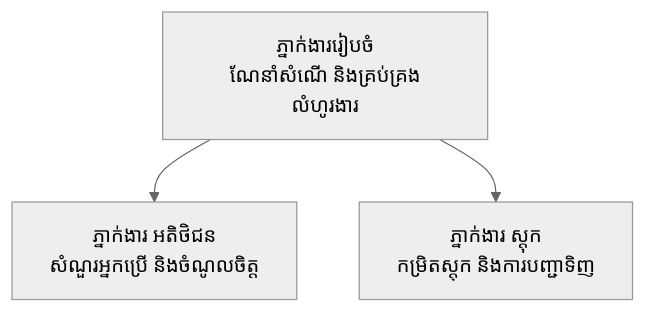
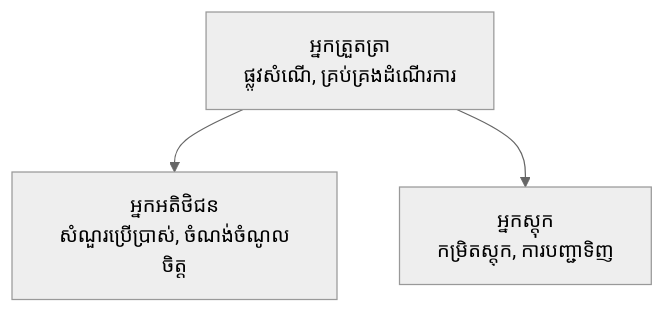
The diagram in translations/km/docs/chapter-05-multi-agent/README.md (microsoft/AZD-for-beginners), drawn with Mermaid (neutral theme) before and after one commit. The commit also changed other lines of this file and 20 other files, not shown here.

````diff
--- a/translations/km/docs/chapter-05-multi-agent/README.md
+++ b/translations/km/docs/chapter-05-multi-agent/README.md
@@ -54,5 +54,5 @@
 ```mermaid
 graph TD
-    Orchestrator[ភ្នាក់ងាររៀបចំ<br/>ណែនាំសំណើ និងគ្រប់គ្រងលំហូរងារ] --> Customer[ភ្នាក់ងារ អតិថិជន<br/>សំណួរអ្នកប្រើ និងចំណូលចិត្ត]
-    Orchestrator --> Inventory[ភ្នាក់ងារ ស្តុក<br/>កម្រិតស្តុក និងការបញ្ជាទិញ]
+    Orchestrator[អ្នកត្រួតត្រា<br/>ផ្លូវសំណើ, គ្រប់គ្រងដំណើរការ] --> Customer[អ្នកអតិថិជន<br/>សំណួរប្រើប្រាស់, ចំណង់ចំណូលចិត្ត]
+    Orchestrator --> Inventory[អ្នកស្តុក<br/>កម្រិតស្តុក, ការបញ្ជាទិញ]
 ```
````
